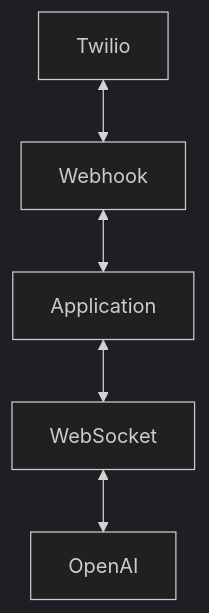
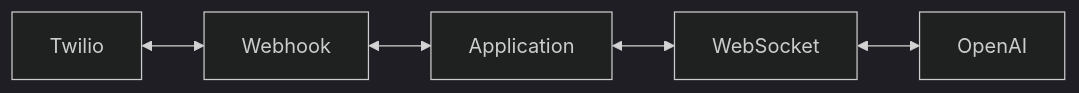
The diagram in README.md (carstenjacobsen/ai-outage-assistant), drawn with Mermaid (dark theme) before and after one commit.

Commit message:
Fix flowchart direction in README

````diff
--- a/README.md
+++ b/README.md
@@ -5,4 +5,4 @@
 ```mermaid
-flowchart TD
+flowchart LR
     A[Twilio] <--> B[Webhook] <--> C[Application] <--> D[WebSocket] <--> E[OpenAI];
 ```
````
